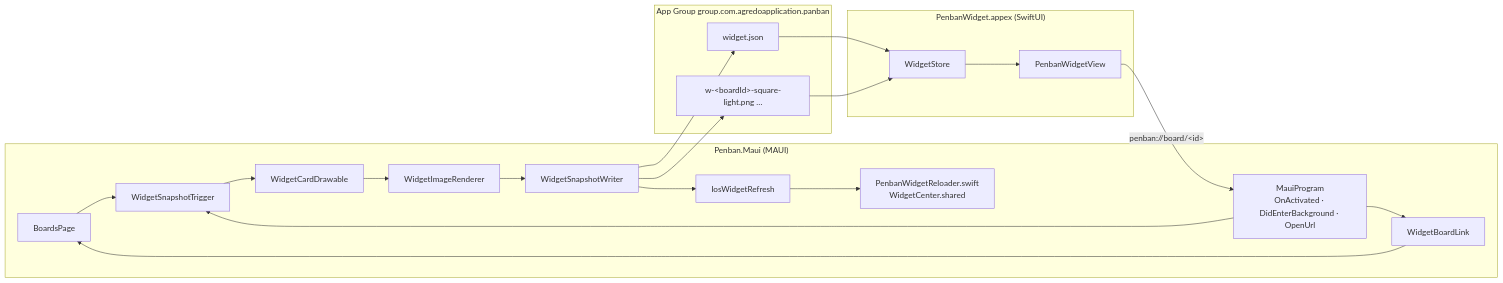
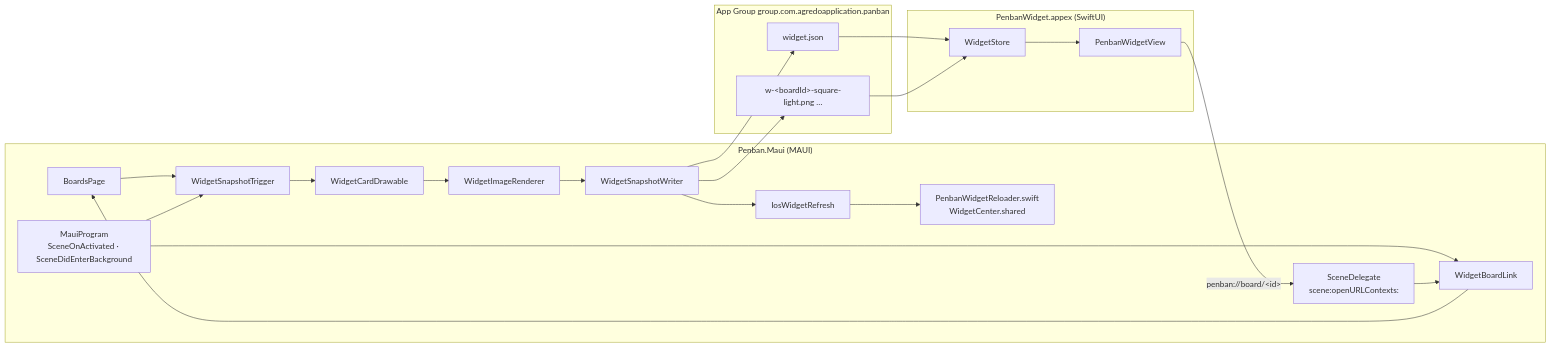
The diagram in Penban/Penban.Widget.iOS/README.md (Agredo/Penban), drawn with Mermaid before and after one commit. The commit also changed other lines of this file and 3 other files, not shown here.

````diff
--- a/Penban/Penban.Widget.iOS/README.md
+++ b/Penban/Penban.Widget.iOS/README.md
@@ -9,28 +9,30 @@
 ```mermaid
 flowchart LR
     subgraph App["Penban.Maui (MAUI)"]
         A[BoardsPage]
-        L["MauiProgram<br/>OnActivated · DidEnterBackground · OpenUrl"]
+        L["MauiProgram<br/>SceneOnActivated · SceneDidEnterBackground"]
+        Q["SceneDelegate<br/>scene:openURLContexts:"]
         A --> B[WidgetSnapshotTrigger]
         L --> B
         L --> U[WidgetBoardLink]
+        Q --> U
         U --> A
         B --> C[WidgetCardDrawable]
         C --> D[WidgetImageRenderer]
         D --> E[WidgetSnapshotWriter]
         E --> R[IosWidgetRefresh]
         R --> S["PenbanWidgetReloader.swift<br/>WidgetCenter.shared"]
     end
     subgraph Group["App Group group.com.agredoapplication.panban"]
         F[widget.json]
         G["w-&lt;boardId&gt;-square-light.png …"]
     end
     subgraph Ext["PenbanWidget.appex (SwiftUI)"]
         H[WidgetStore] --> I[PenbanWidgetView]
     end
     E --> F
     E --> G
     F --> H
     G --> H
-    I -->|"penban://board/&lt;id&gt;"| L
+    I -->|"penban://board/&lt;id&gt;"| Q
 ```
````
